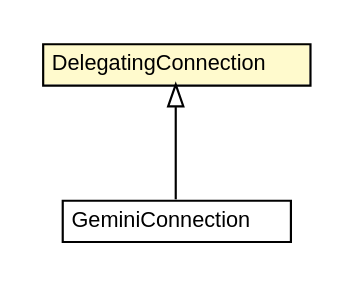
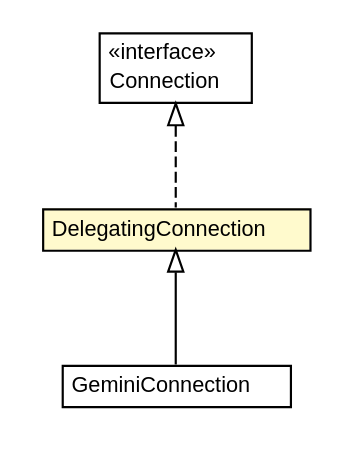
The diagram in dddlib-datasource-monitor/apidocs/org/dayatang/dsmonitor/DelegatingConnection.dot (dayatang/dddlib), drawn with Graphviz before and after one commit. The commit also changed 154 other files, not shown here.

```diff
--- a/dddlib-datasource-monitor/apidocs/org/dayatang/dsmonitor/DelegatingConnection.dot
+++ b/dddlib-datasource-monitor/apidocs/org/dayatang/dsmonitor/DelegatingConnection.dot
@@ -1,26 +1,35 @@
 #!/usr/local/bin/dot
 #
 # Class diagram 
 # Generated by UMLGraph version R5_6_6-8-g8d7759 (http://www.umlgraph.org/)
 #
 
 digraph G {
 	edge [fontname="Helvetica",fontsize=10,labelfontname="Helvetica",labelfontsize=10];
 	node [fontname="Helvetica",fontsize=10,shape=plaintext];
 	nodesep=0.25;
 	ranksep=0.5;
 	// org.dayatang.dsmonitor.GeminiConnection
-	c65 [label=<<table title="org.dayatang.dsmonitor.GeminiConnection" border="0" cellborder="1" cellspacing="0" cellpadding="2" port="p" href="./GeminiConnection.html">
+	c38 [label=<<table title="org.dayatang.dsmonitor.GeminiConnection" border="0" cellborder="1" cellspacing="0" cellpadding="2" port="p" href="./GeminiConnection.html">
 		<tr><td><table border="0" cellspacing="0" cellpadding="1">
 <tr><td align="center" balign="center"> GeminiConnection </td></tr>
 		</table></td></tr>
 		</table>>, URL="./GeminiConnection.html", fontname="Helvetica", fontcolor="black", fontsize=10.0];
 	// org.dayatang.dsmonitor.DelegatingConnection
-	c67 [label=<<table title="org.dayatang.dsmonitor.DelegatingConnection" border="0" cellborder="1" cellspacing="0" cellpadding="2" port="p" bgcolor="lemonChiffon" href="./DelegatingConnection.html">
+	c40 [label=<<table title="org.dayatang.dsmonitor.DelegatingConnection" border="0" cellborder="1" cellspacing="0" cellpadding="2" port="p" bgcolor="lemonChiffon" href="./DelegatingConnection.html">
 		<tr><td><table border="0" cellspacing="0" cellpadding="1">
 <tr><td align="center" balign="center"> DelegatingConnection </td></tr>
 		</table></td></tr>
 		</table>>, URL="./DelegatingConnection.html", fontname="Helvetica", fontcolor="black", fontsize=10.0];
 	//org.dayatang.dsmonitor.GeminiConnection extends org.dayatang.dsmonitor.DelegatingConnection
-	c67:p -> c65:p [dir=back,arrowtail=empty];
+	c40:p -> c38:p [dir=back,arrowtail=empty];
+	//org.dayatang.dsmonitor.DelegatingConnection implements java.sql.Connection
+	c46:p -> c40:p [dir=back,arrowtail=empty,style=dashed];
+	// java.sql.Connection
+	c46 [label=<<table title="java.sql.Connection" border="0" cellborder="1" cellspacing="0" cellpadding="2" port="p" href="http://download.oracle.com/javase/7/docs/api/java/sql/Connection.html">
+		<tr><td><table border="0" cellspacing="0" cellpadding="1">
+<tr><td align="center" balign="center"> &#171;interface&#187; </td></tr>
+<tr><td align="center" balign="center"> Connection </td></tr>
+		</table></td></tr>
+		</table>>, URL="http://download.oracle.com/javase/7/docs/api/java/sql/Connection.html", fontname="Helvetica", fontcolor="black", fontsize=10.0];
 }
```
